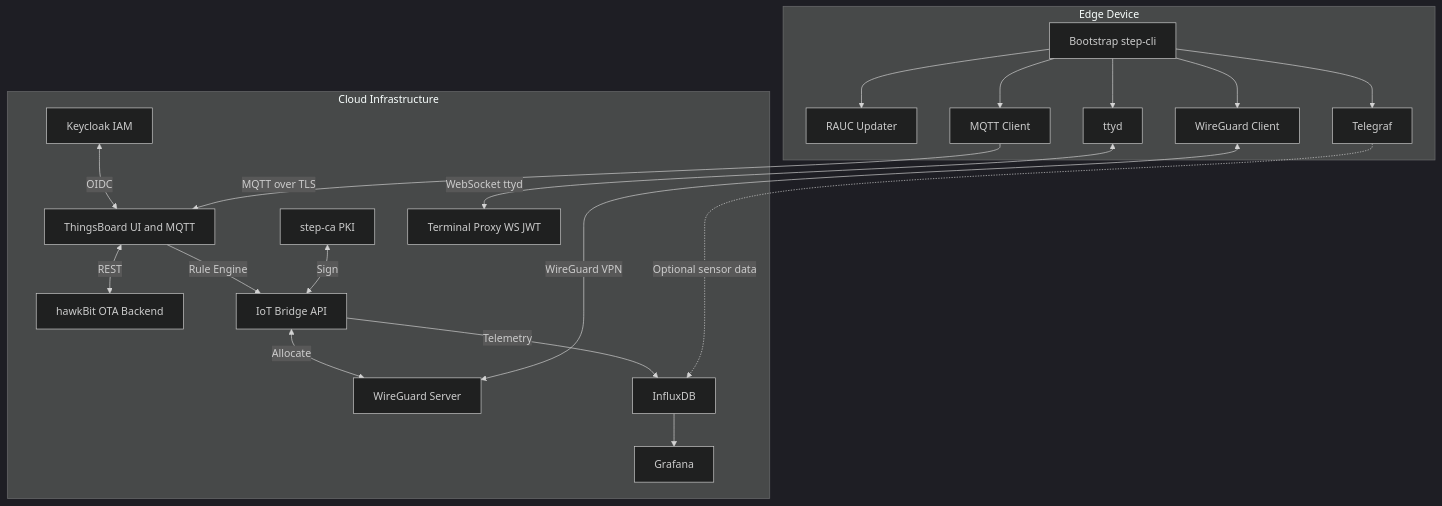
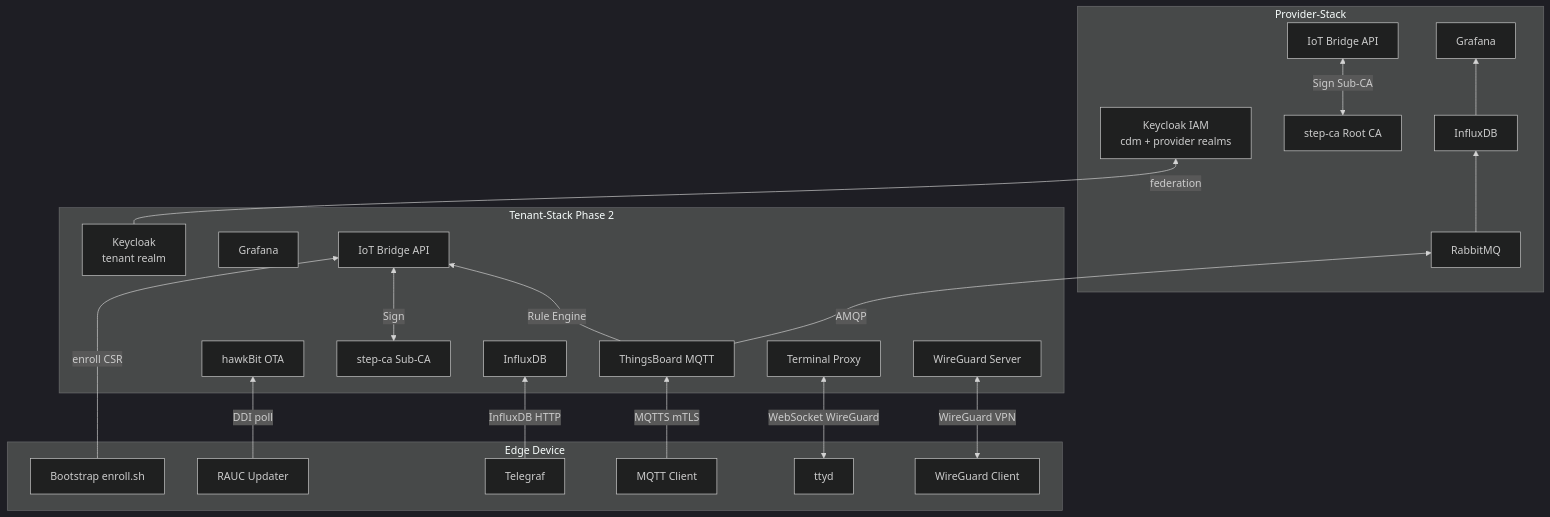
Before and after one commit to the78mole/complete-device-management: the diagram in README.md, drawn with Mermaid (dark theme). The commit also changed other lines of this file and 49 other files, not shown here.

Commit message:
Complete Architecture Redesign - Phase 1.5 Documentation and Phase 2

````diff
--- a/README.md
+++ b/README.md
@@ -29,42 +36,46 @@
 ```mermaid
-flowchart TB
-    subgraph cloud[Cloud Infrastructure]
-        KC[Keycloak IAM]
-        TB[ThingsBoard UI and MQTT]
-        HB[hawkBit OTA Backend]
-        SCA[step-ca PKI]
-        IBA[IoT Bridge API]
+flowchart BT
+    subgraph provider[Provider-Stack]
+        KC[Keycloak IAM\ncdm + provider realms]
+        SCA[step-ca Root CA]
+        RMQ[RabbitMQ]
+        IDB_P[InfluxDB]
+        GRF_P[Grafana]
+        IBA_P[IoT Bridge API]
+
+        SCA <-->|Sign Sub-CA| IBA_P
+        RMQ --> IDB_P --> GRF_P
+    end
+
+    subgraph tenant[Tenant-Stack  Phase 2]
+        KC_T[Keycloak\ntenant realm]
+        TB[ThingsBoard MQTT]
+        HB[hawkBit OTA]
+        SCA_T[step-ca Sub-CA]
         WGS[WireGuard Server]
-        IDB[InfluxDB]
-        GRF[Grafana]
-        TXP[Terminal Proxy WS JWT]
+        TXP[Terminal Proxy]
+        IDB_T[InfluxDB]
+        GRF_T[Grafana]
 
-        KC <-->|OIDC| TB
-        TB <-->|REST| HB
-        TB -->|Rule Engine| IBA
-        SCA <-->|Sign| IBA
-        IBA <-->|Allocate| WGS
-        IBA -->|Telemetry| IDB
-        IDB --> GRF
+        KC_T -->|federation| KC
+        TB -->|Rule Engine| IBA_T[IoT Bridge API]
+        SCA_T <-->|Sign| IBA_T
+        TB -->|AMQP| RMQ
     end
 
     subgraph edge[Edge Device]
-        BST[Bootstrap step-cli]
+        BST[Bootstrap enroll.sh]
         UPD[RAUC Updater]
         TLG[Telegraf]
         MQC[MQTT Client]
         TTD[ttyd]
         WGC[WireGuard Client]
-
-        BST --> UPD
-        BST --> TLG
-        BST --> MQC
-        BST --> TTD
-        BST --> WGC
     end
 
-    MQC -->|MQTT over TLS| TB
-    TLG -.->|Optional sensor data| IDB
-    TTD <-->|WebSocket ttyd| TXP
+    MQC -->|MQTTS mTLS| TB
+    UPD -->|DDI poll| HB
+    TLG -->|InfluxDB HTTP| IDB_T
+    TTD <-->|WebSocket WireGuard| TXP
     WGC <-->|WireGuard VPN| WGS
+    BST -->|enroll CSR| IBA_T
 ```
````
